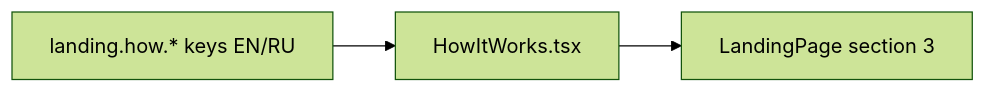
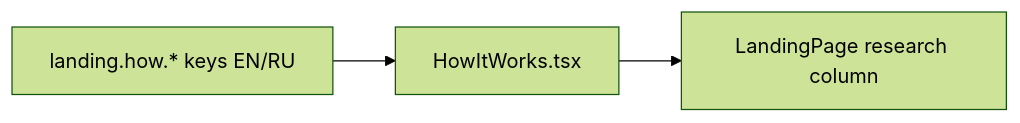
Before and after one commit to AzamatRaimbekov2/openCreate: the diagram in apps/web/src/modules/Landing/components/HowItWorks.tsx.md, drawn with Mermaid (forest theme). The commit also changed other lines of this file and 40 other files, not shown here.

````diff
--- a/apps/web/src/modules/Landing/components/HowItWorks.tsx.md
+++ b/apps/web/src/modules/Landing/components/HowItWorks.tsx.md
@@ -27,4 +29,4 @@
 ```mermaid
 flowchart LR
-  I18N[landing.how.* keys EN/RU] --> HIW[HowItWorks.tsx] --> LP[LandingPage section 3]
+  I18N[landing.how.* keys EN/RU] --> HIW[HowItWorks.tsx] --> LP[LandingPage research column]
 ```
````
